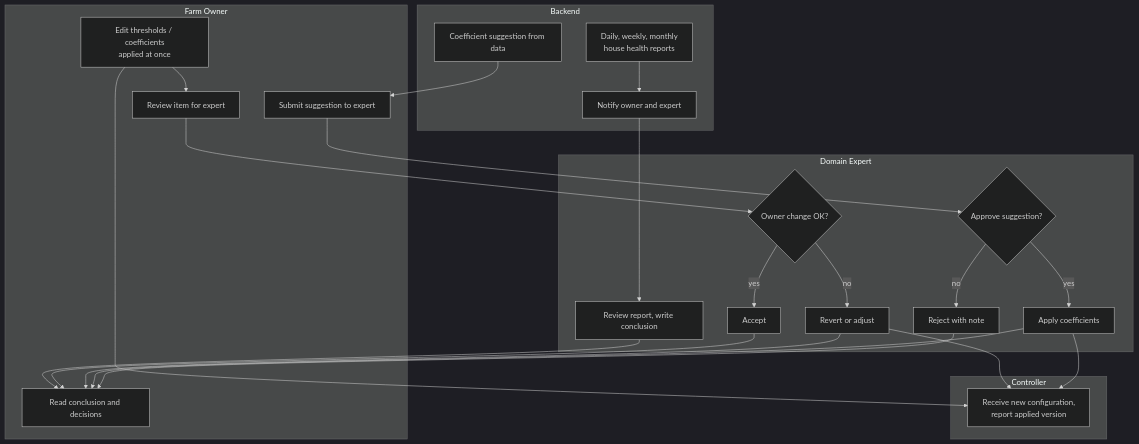
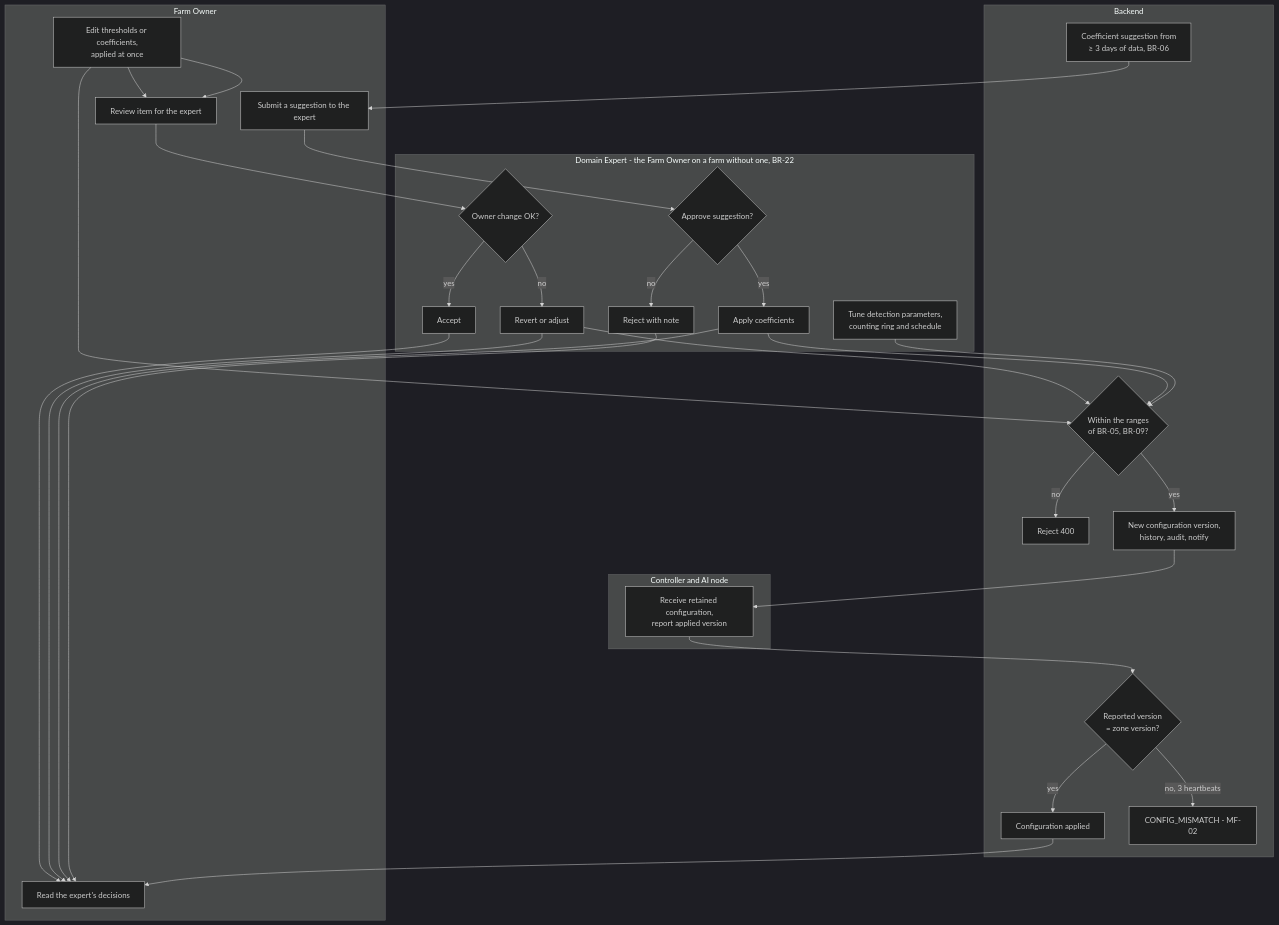
Before and after one commit to NBao261/SwiftletCare_KLTN: diagram 25 of 31 in docs/reports/report4-sdd.md, drawn with Mermaid (dark theme). The commit also changed other lines of this file and 34 other files, not shown here.

First line of the commit message:
docs(srs): regroup the main flows into six business processes

````diff
--- a/docs/reports/report4-sdd.md
+++ b/docs/reports/report4-sdd.md
@@ -1180,27 +1146,32 @@
 ```mermaid
 flowchart TB
+  subgraph O[Farm Owner]
+    O1[Edit thresholds or coefficients,<br/>applied at once] --> O2[Review item for the expert]
+    O3[Submit a suggestion to the expert]
+    O4[Read the expert's decisions]
+  end
   subgraph B[Backend]
-    B1[Daily, weekly, monthly<br/>house health reports] --> B2[Notify owner and expert]
-    B3[Coefficient suggestion from data]
+    B1[Coefficient suggestion from<br/>≥ 3 days of data, BR-06]
+    B2{Within the ranges<br/>of BR-05, BR-09?} -- no --> B3[Reject 400]
+    B2 -- yes --> B4[New configuration version,<br/>history, audit, notify]
+    B5{Reported version<br/>= zone version?} -- yes --> B6[Configuration applied]
+    B5 -- no, 3 heartbeats --> B7[CONFIG_MISMATCH - MF-02]
   end
-  subgraph O[Farm Owner]
-    O1[Edit thresholds / coefficients<br/>applied at once] --> O2[Review item for expert]
-    O3[Submit suggestion to expert]
-    O4[Read conclusion and decisions]
+  subgraph E[Domain Expert - the Farm Owner on a farm without one, BR-22]
+    E1{Owner change OK?} -- yes --> E2[Accept]
+    E1 -- no --> E3[Revert or adjust]
+    E4{Approve suggestion?} -- yes --> E5[Apply coefficients]
+    E4 -- no --> E6[Reject with note]
+    E7[Tune detection parameters,<br/>counting ring and schedule]
   end
-  subgraph E[Domain Expert]
-    E1[Review report, write conclusion]
-    E2{Owner change OK?} -- yes --> E3[Accept]
-    E2 -- no --> E4[Revert or adjust]
-    E5{Approve suggestion?} -- yes --> E6[Apply coefficients]
-    E5 -- no --> E7[Reject with note]
+  subgraph C[Controller and AI node]
+    C1[Receive retained configuration,<br/>report applied version]
   end
-  subgraph C[Controller]
-    C1[Receive new configuration,<br/>report applied version]
-  end
-  B2 --> E1 --> O4
-  O2 --> E2
-  B3 --> O3 --> E5
-  E4 & E6 & O1 --> C1
-  E3 & E4 & E6 & E7 --> O4
+  O1 --> B2
+  O1 --> O2 --> E1
+  B1 --> O3 --> E4
+  E3 & E5 & E7 --> B2
+  B4 --> C1 --> B5
+  E2 & E3 & E5 & E6 --> O4
+  B6 --> O4
 ```
````
